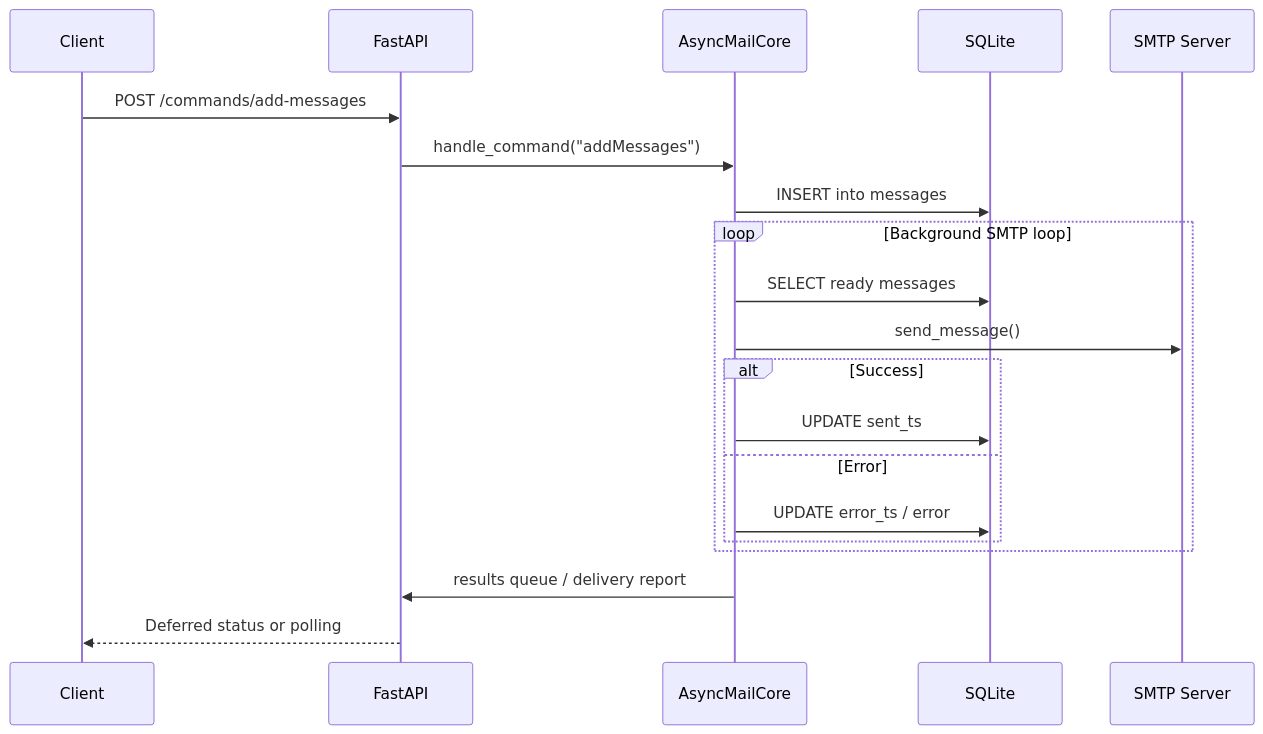
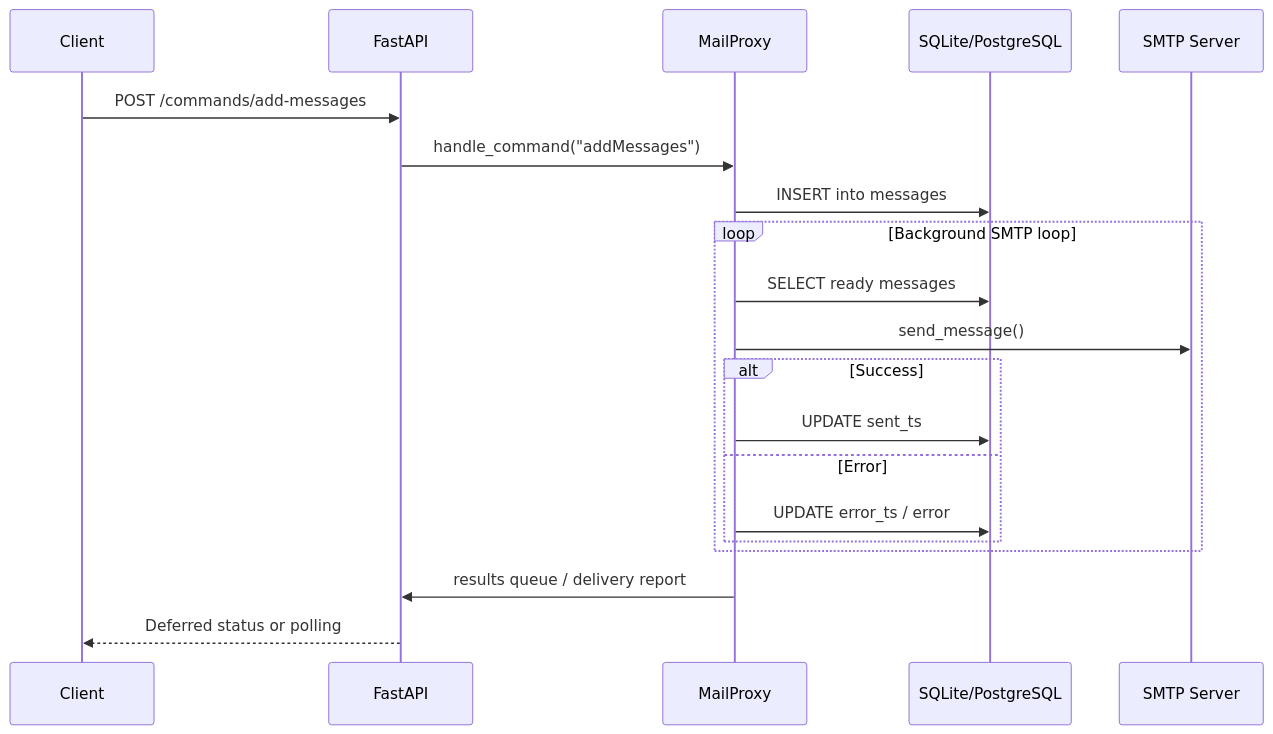
One commit to genropy/genro-mail-proxy changed the second of 2 diagrams in docs/overview.rst. Above: the diagram before and after it, drawn with Mermaid. The commit also changed other lines of this file and 9 other files, not shown here.

```diff
--- a/docs/overview.rst
+++ b/docs/overview.rst
@@ -63,24 +70,24 @@
 .. mermaid::
    :caption: Message delivery sequence
 
    sequenceDiagram
      participant Client
      participant API as FastAPI
-     participant Core as AsyncMailCore
-     participant DB as SQLite
+     participant Core as MailProxy
+     participant DB as SQLite/PostgreSQL
      participant SMTP as SMTP Server
 
      Client->>API: POST /commands/add-messages
      API->>Core: handle_command("addMessages")
      Core->>DB: INSERT into messages
      loop Background SMTP loop
        Core->>DB: SELECT ready messages
        Core->>SMTP: send_message()
        alt Success
          Core->>DB: UPDATE sent_ts
        else Error
          Core->>DB: UPDATE error_ts / error
        end
      end
      Core->>API: results queue / delivery report
      API-->>Client: Deferred status or polling
```
